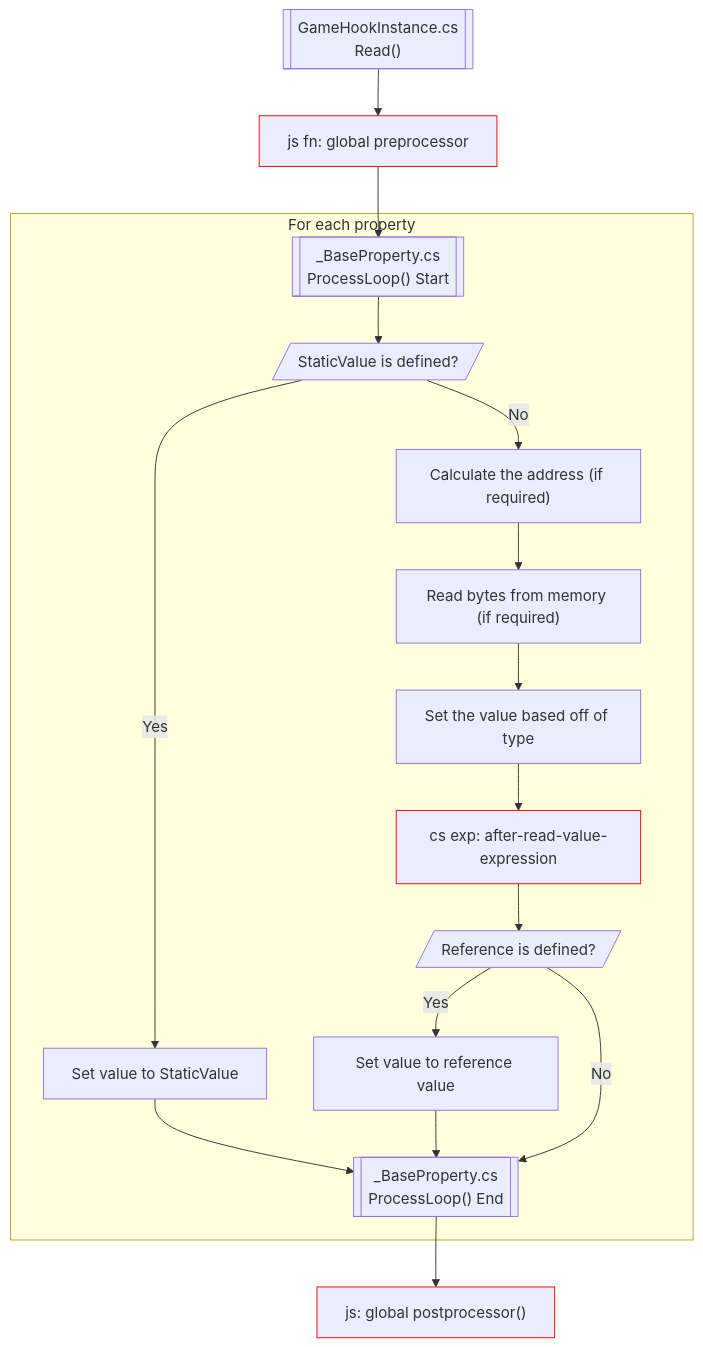
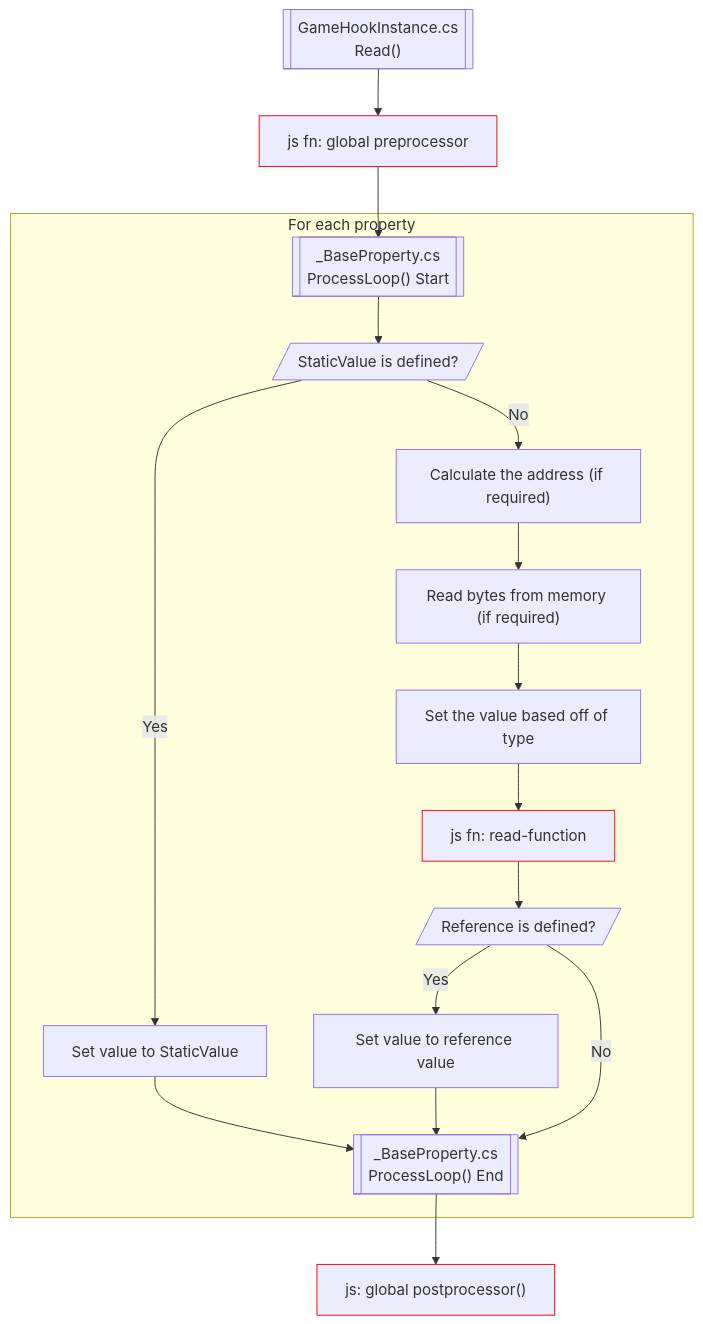
Before and after one commit to waielal/gamehook: the diagram in docs/read-property.md, drawn with Mermaid.

````diff
--- a/docs/read-property.md
+++ b/docs/read-property.md
@@ -1,29 +1,28 @@
 ```mermaid
 %% Read
 flowchart TB
     classDef js stroke:#f00
-    classDef exp stroke:#f00
 
     StartRead[["GameHookInstance.cs\nRead()"]] -->
     JsGlobalPreprocessor[js fn: global preprocessor]:::js --> StartForEachProperty
     subgraph "For each property"
         StartForEachProperty[["_BaseProperty.cs\nProcessLoop() Start"]] -->
 
         StaticValueQuestion[/StaticValue is defined?/] 
         StaticValueQuestion --> |Yes| StaticValueQuestionY[Set value to StaticValue] --> EndForEachProperty
         StaticValueQuestion --> |No| CalcAddress
         CalcAddress["Calculate the address (if required)"] -->
         ReadBytes["Read bytes from memory (if required)"] -->
 
         ReadValue[Set the value based off of type] -->
-        AfterReadValueExpression[cs exp: after-read-value-expression]:::exp -->
+        AfterReadValueExpression[js fn: read-function]:::js -->
 
         RefIsDefinedQ[/Reference is defined?/] 
         RefIsDefinedQ --> |Yes| RefIsDefinedQY[Set value to reference value] --> EndForEachProperty
         RefIsDefinedQ --> |No| EndForEachProperty
 
         EndForEachProperty[["_BaseProperty.cs\nProcessLoop() End"]]
     end
     EndForEachProperty --> JsGlobalPostprocessor
     JsGlobalPostprocessor["js: global postprocessor()"]:::js
 ```
````
